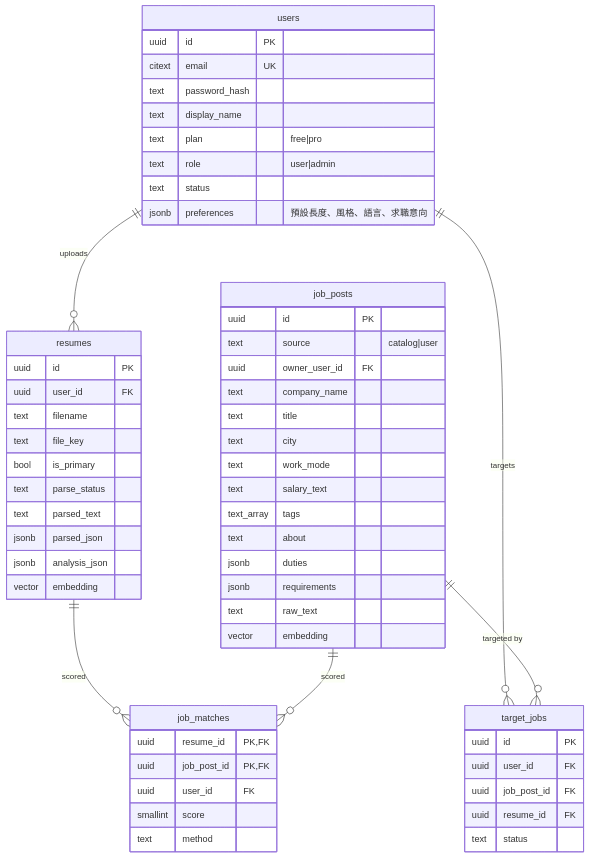
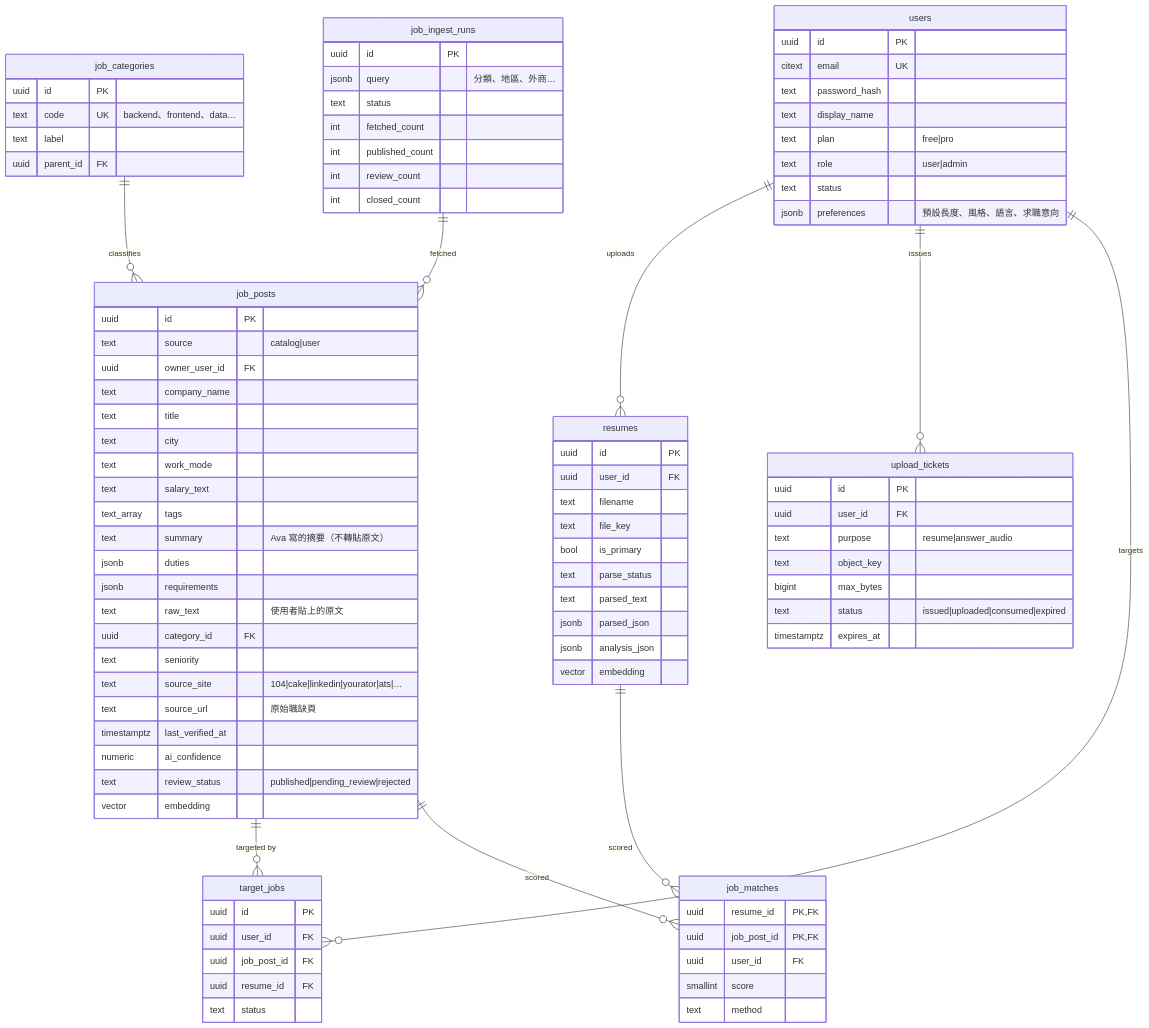
The fourth of 4 diagrams in spec/postgresql.md (WilliamTsai1227/AI_Interview), drawn with Mermaid before and after one commit. The commit also changed other lines of this file and 4 other files, not shown here.

First line of the commit message:
Update specs to v0.4: follow-up rules, direct upload, job ETL, concurrency, Google login

````diff
--- a/spec/postgresql.md
+++ b/spec/postgresql.md
@@ -299,11 +348,42 @@
         text work_mode
         text salary_text
         text_array tags
-        text about
+        text summary "Ava 寫的摘要（不轉貼原文）"
         jsonb duties
         jsonb requirements
-        text raw_text
+        text raw_text "使用者貼上的原文"
+        uuid category_id FK
+        text seniority
+        text source_site "104|cake|linkedin|yourator|ats|…"
+        text source_url "原始職缺頁"
+        timestamptz last_verified_at
+        numeric ai_confidence
+        text review_status "published|pending_review|rejected"
         vector embedding
+    }
+    job_categories {
+        uuid id PK
+        text code UK "backend、frontend、data…"
+        text label
+        uuid parent_id FK
+    }
+    job_ingest_runs {
+        uuid id PK
+        jsonb query "分類、地區、外商…"
+        text status
+        int fetched_count
+        int published_count
+        int review_count
+        int closed_count
+    }
+    upload_tickets {
+        uuid id PK
+        uuid user_id FK
+        text purpose "resume|answer_audio"
+        text object_key
+        bigint max_bytes
+        text status "issued|uploaded|consumed|expired"
+        timestamptz expires_at
     }
     target_jobs {
         uuid id PK
@@ -320,8 +400,11 @@
         text method
     }
     users ||--o{ resumes : uploads
+    users ||--o{ upload_tickets : issues
     users ||--o{ target_jobs : targets
     job_posts ||--o{ target_jobs : "targeted by"
+    job_categories ||--o{ job_posts : classifies
+    job_ingest_runs ||--o{ job_posts : fetched
     resumes ||--o{ job_matches : scored
     job_posts ||--o{ job_matches : scored
 ```
````
